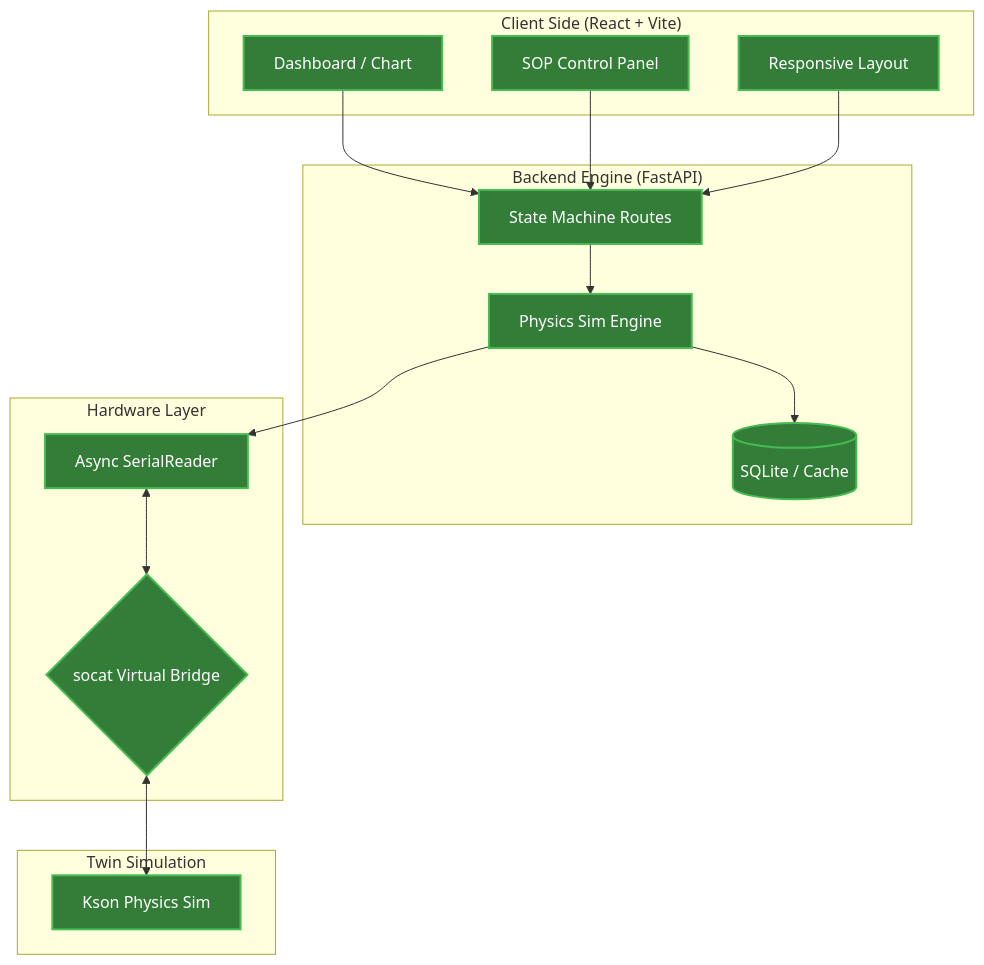
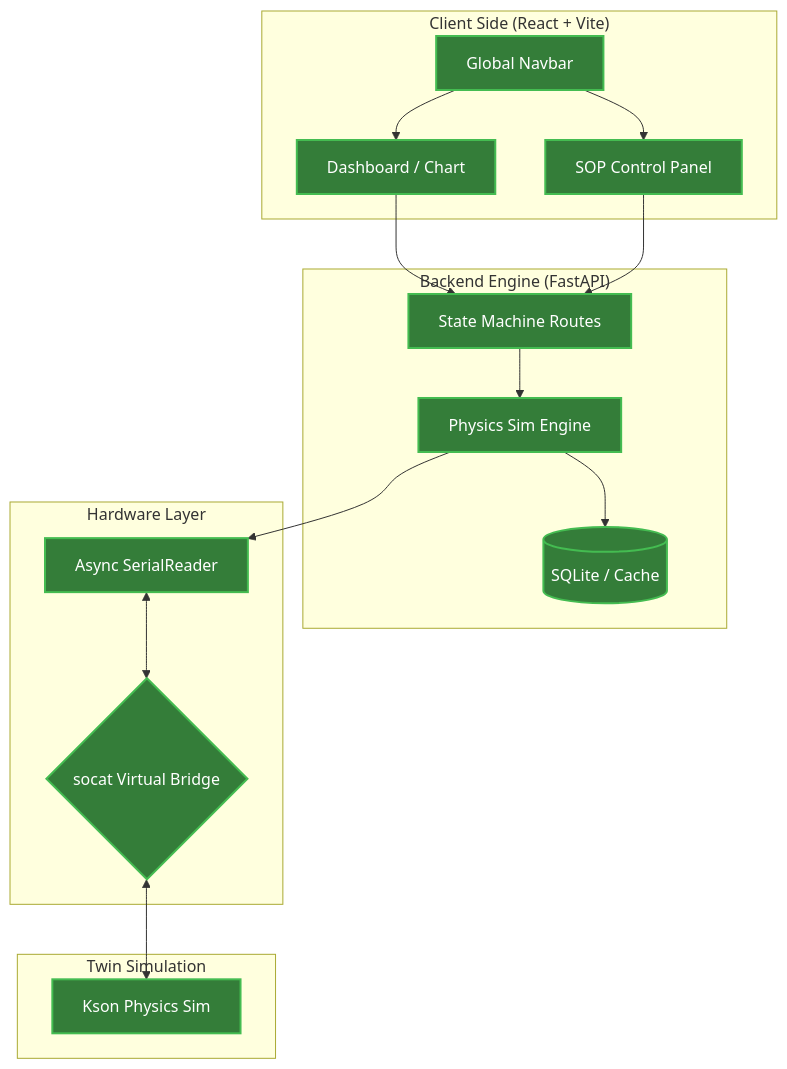
The diagram in README.md (tsaishengsheng-sketch/dqa-lab-digital-twin), drawn with Mermaid before and after one commit. The commit also changed other lines of this file and 7 other files, not shown here.

````diff
--- a/README.md
+++ b/README.md
@@ -17,36 +17,37 @@
 ```mermaid
 graph TD
     classDef default fill:#2d333b,stroke:#adbac7,color:#adbac7,stroke-width:1px;
     classDef highlight fill:#347d39,stroke:#44bc51,color:#fff,stroke-width:2px;
 
     subgraph "Client Side (React + Vite)"
+        Nav[Global Navbar]
         A[Dashboard / Chart]
         B[SOP Control Panel]
-        C[Responsive Layout]
+        Nav --> A & B
     end
 
     subgraph "Backend Engine (FastAPI)"
         D[State Machine Routes]
         E[Physics Sim Engine]
         F[(SQLite / Cache)]
         D --> E
         E --> F
     end
 
     subgraph "Hardware Layer"
         G[Async SerialReader]
         H{socat Virtual Bridge}
     end
 
     subgraph "Twin Simulation"
         I[Kson Physics Sim]
     end
 
-    A & B & C --> D
+    A & B --> D
     E --> G
     G <--> H
     H <--> I
 
-    class A,B,C,D,E,F,G,H,I highlight;
+    class Nav,A,B,C,D,E,F,G,H,I highlight;
 
 ```
````
